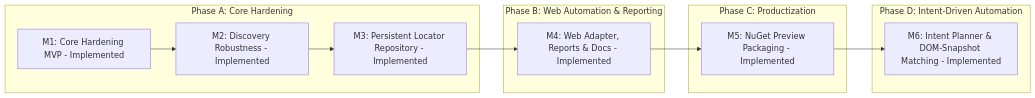
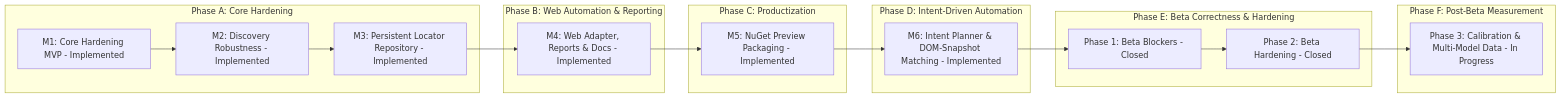
The third of 3 diagrams in README.md (mustafasercansak/automation-sandbox), drawn with Mermaid before and after one commit. The commit also changed other lines of this file and 12 other files, not shown here.

````diff
--- a/README.md
+++ b/README.md
@@ -599,19 +604,28 @@
 ```mermaid
 graph LR
     subgraph PhaseA [Phase A: Core Hardening]
         M1[M1: Core Hardening MVP - Implemented]
         M2[M2: Discovery Robustness - Implemented]
         M3[M3: Persistent Locator Repository - Implemented]
         M1 --> M2 --> M3
     end
     subgraph PhaseB [Phase B: Web Automation & Reporting]
         M4[M4: Web Adapter, Reports & Docs - Implemented]
     end
     subgraph PhaseC [Phase C: Productization]
         M5[M5: NuGet Preview Packaging - Implemented]
     end
     subgraph PhaseD [Phase D: Intent-Driven Automation]
         M6[M6: Intent Planner & DOM-Snapshot Matching - Implemented]
     end
-    M3 --> M4 --> M5 --> M6
+    subgraph PhaseE [Phase E: Beta Correctness & Hardening]
+        P1[Phase 1: Beta Blockers - Closed]
+        P2[Phase 2: Beta Hardening - Closed]
+        P1 --> P2
+    end
+    subgraph PhaseF [Phase F: Post-Beta Measurement]
+        P3[Phase 3: Calibration & Multi-Model Data - In Progress]
+    end
+    M3 --> M4 --> M5 --> M6 --> P1
+    P2 --> P3
 ```
````
